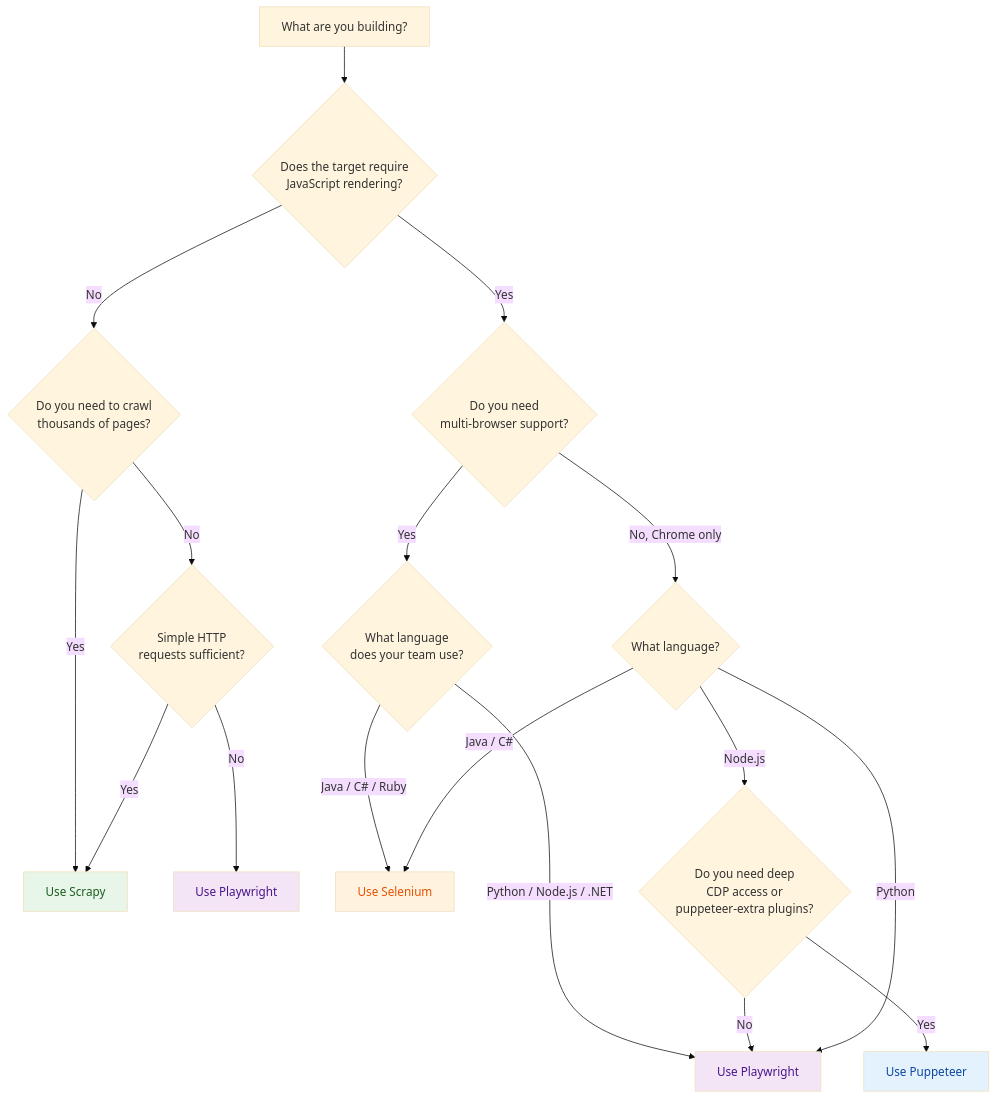
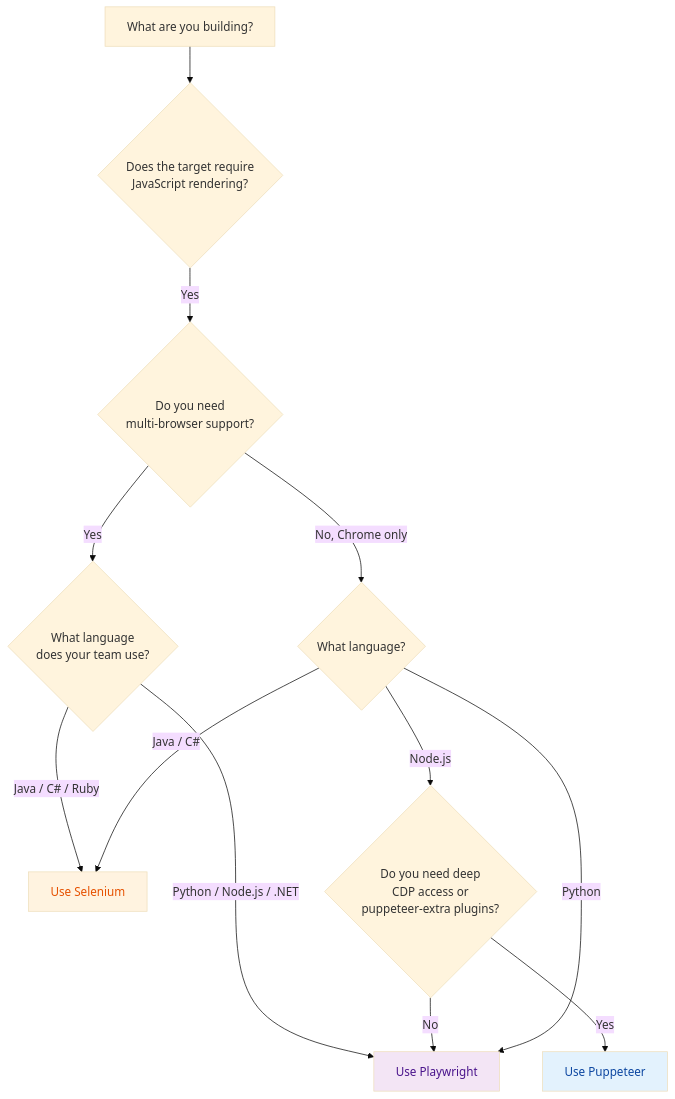
One commit to bytetunnels/bytetunnels.github.com changed the seventh of 7 diagrams in _posts/2026-03-03-playwright-vs-puppeteer-vs-selenium-vs-scrapy-2026-mega-comparison.md. Above: the diagram before and after it, drawn with Mermaid (base theme). The commit also changed other lines of this file and 118 other files, not shown here.

Commit message:
feat: improve diagram styling and compact wide flowcharts

````diff
--- a/_posts/2026-03-03-playwright-vs-puppeteer-vs-selenium-vs-scrapy-2026-mega-comparison.md
+++ b/_posts/2026-03-03-playwright-vs-puppeteer-vs-selenium-vs-scrapy-2026-mega-comparison.md
@@ -249,29 +295,21 @@
 ```mermaid
 flowchart TD
     START["What are you building?"] --> JS{"Does the target require<br/>JavaScript rendering?"}
-
-    JS -->|"No"| VOLUME{"Do you need to crawl<br/>thousands of pages?"}
-    VOLUME -->|"Yes"| SCRAPY["Use Scrapy"]
-    VOLUME -->|"No"| SIMPLE{"Simple HTTP<br/>requests sufficient?"}
-    SIMPLE -->|"Yes"| SCRAPY
-    SIMPLE -->|"No"| PLAYWRIGHT_SIMPLE["Use Playwright"]
 
     JS -->|"Yes"| MULTI_BROWSER{"Do you need<br/>multi-browser support?"}
 
     MULTI_BROWSER -->|"Yes"| LANG_MULTI{"What language<br/>does your team use?"}
     LANG_MULTI -->|"Java / C# / Ruby"| SELENIUM["Use Selenium"]
     LANG_MULTI -->|"Python / Node.js / .NET"| PLAYWRIGHT["Use Playwright"]
 
     MULTI_BROWSER -->|"No, Chrome only"| LANG_SINGLE{"What language?"}
     LANG_SINGLE -->|"Node.js"| DEEP_CDP{"Do you need deep<br/>CDP access or<br/>puppeteer-extra plugins?"}
     DEEP_CDP -->|"Yes"| PUPPETEER["Use Puppeteer"]
     DEEP_CDP -->|"No"| PLAYWRIGHT
     LANG_SINGLE -->|"Python"| PLAYWRIGHT
     LANG_SINGLE -->|"Java / C#"| SELENIUM
 
-    style SCRAPY fill:#e8f5e9,color:#1b5e20
     style SELENIUM fill:#fff3e0,color:#e65100
     style PUPPETEER fill:#e3f2fd,color:#0d47a1
     style PLAYWRIGHT fill:#f3e5f5,color:#4a148c
-    style PLAYWRIGHT_SIMPLE fill:#f3e5f5,color:#4a148c
 ```
````
